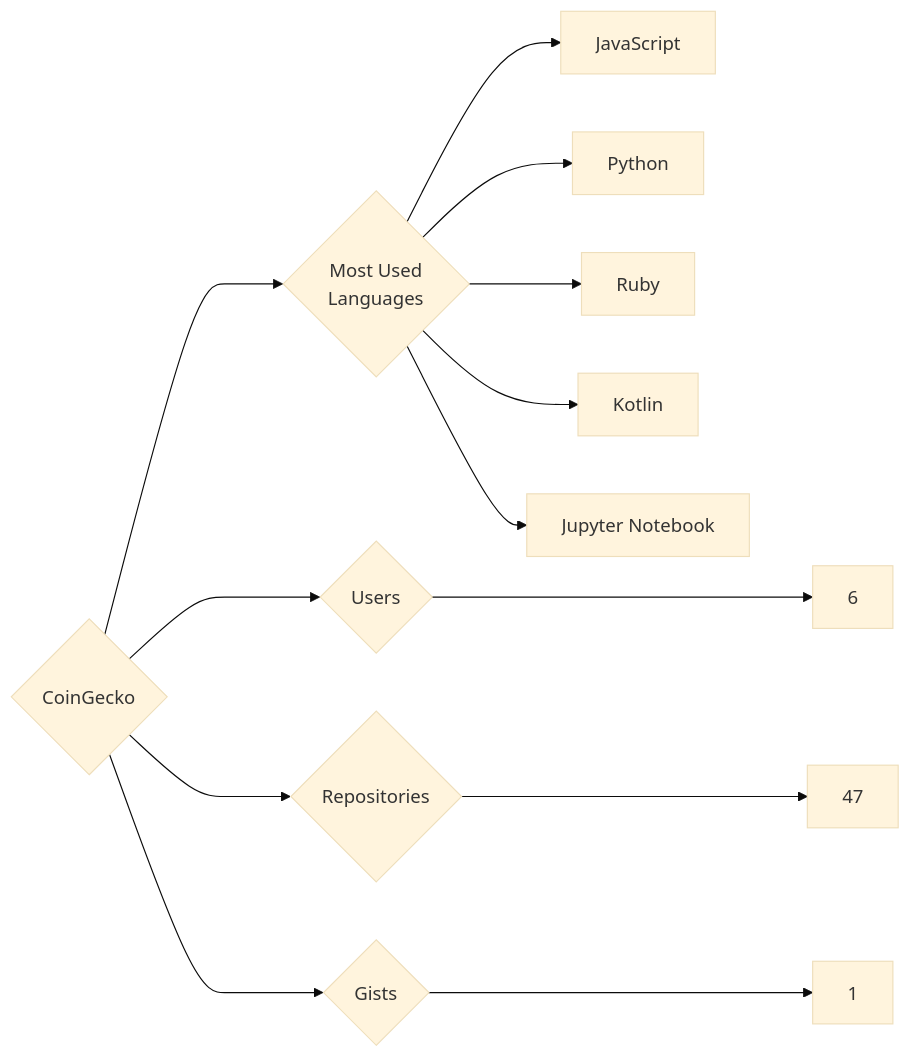
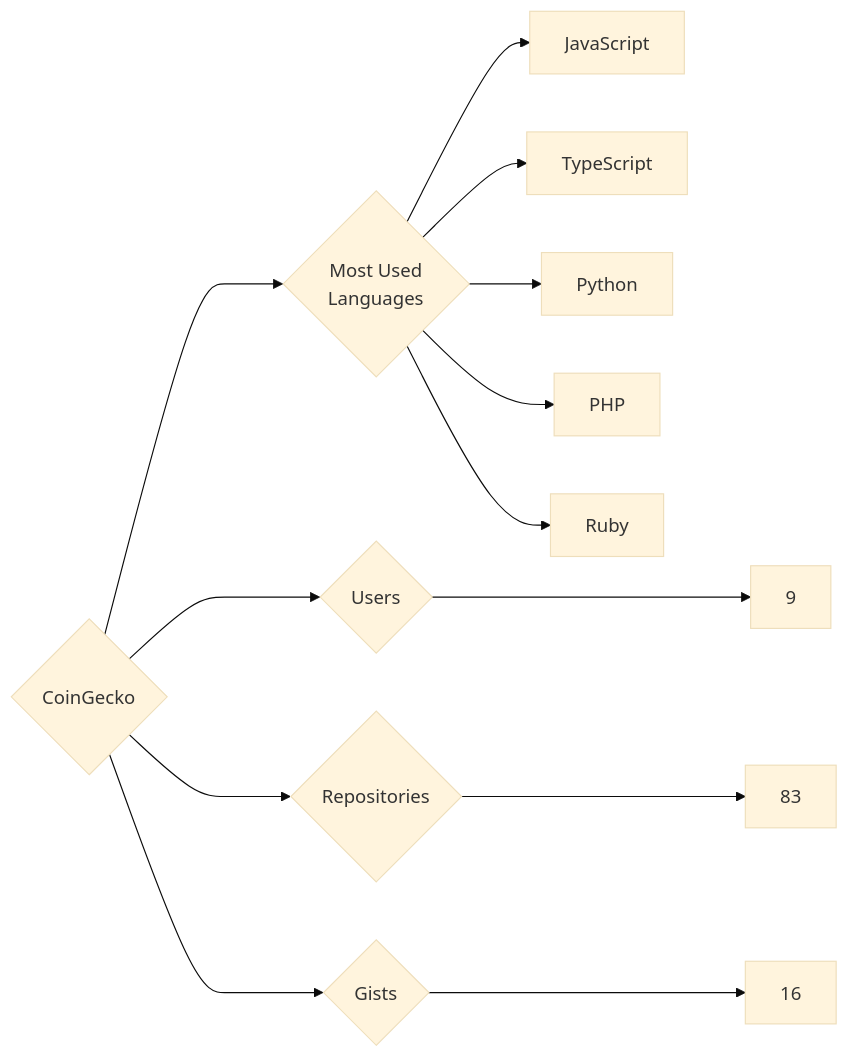
The diagram in targets/CoinGecko/README.md (trickest/insiders), drawn with Mermaid (base theme) before and after one commit. The commit also changed 1007 other files, not shown here.

````diff
--- a/targets/CoinGecko/README.md
+++ b/targets/CoinGecko/README.md
@@ -3,13 +3,13 @@
 ```mermaid
 graph LR
 COMPANY_NAME{CoinGecko}
-COMPANY_NAME ---> U{Users} ---> UN[6]
-COMPANY_NAME ---> R{Repositories} ---> RN[47]
-COMPANY_NAME ---> G{Gists} ---> GN[1]
+COMPANY_NAME ---> U{Users} ---> UN[9]
+COMPANY_NAME ---> R{Repositories} ---> RN[83]
+COMPANY_NAME ---> G{Gists} ---> GN[16]
 COMPANY_NAME ---> ML{Most Used<br>Languages}
 ML --> JavaScript[JavaScript]
+ML --> TypeScript[TypeScript]
 ML --> Python[Python]
+ML --> PHP[PHP]
 ML --> Ruby[Ruby]
-ML --> Kotlin[Kotlin]
-ML --> Jupyter_Notebook[Jupyter Notebook]
 ```
````
